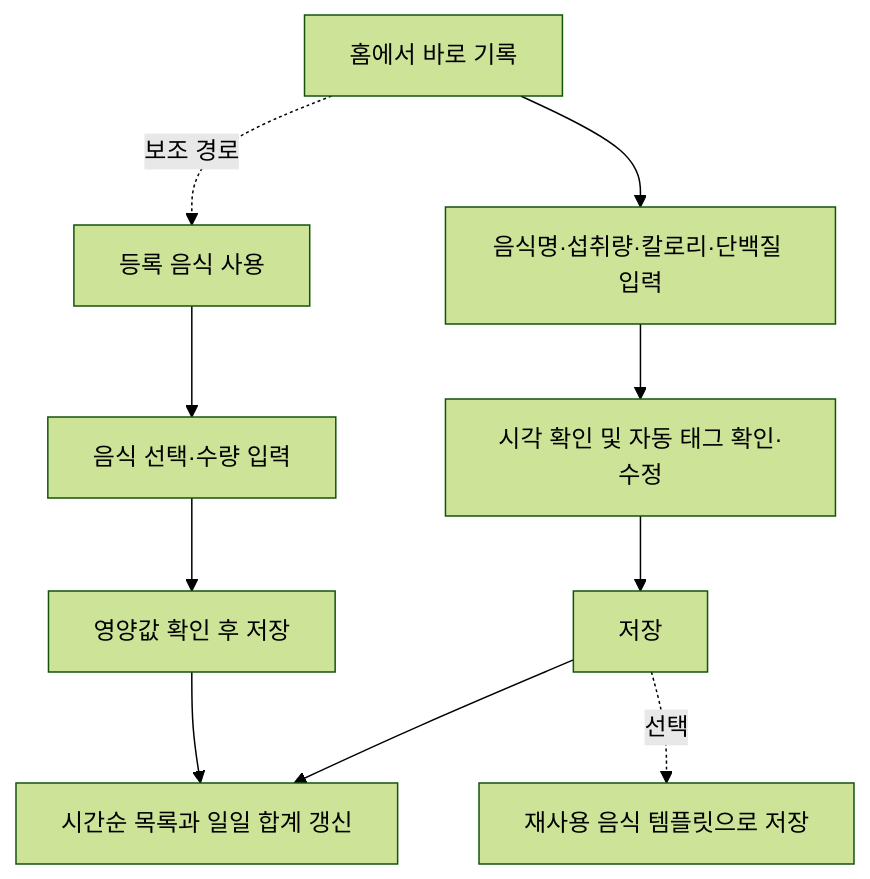
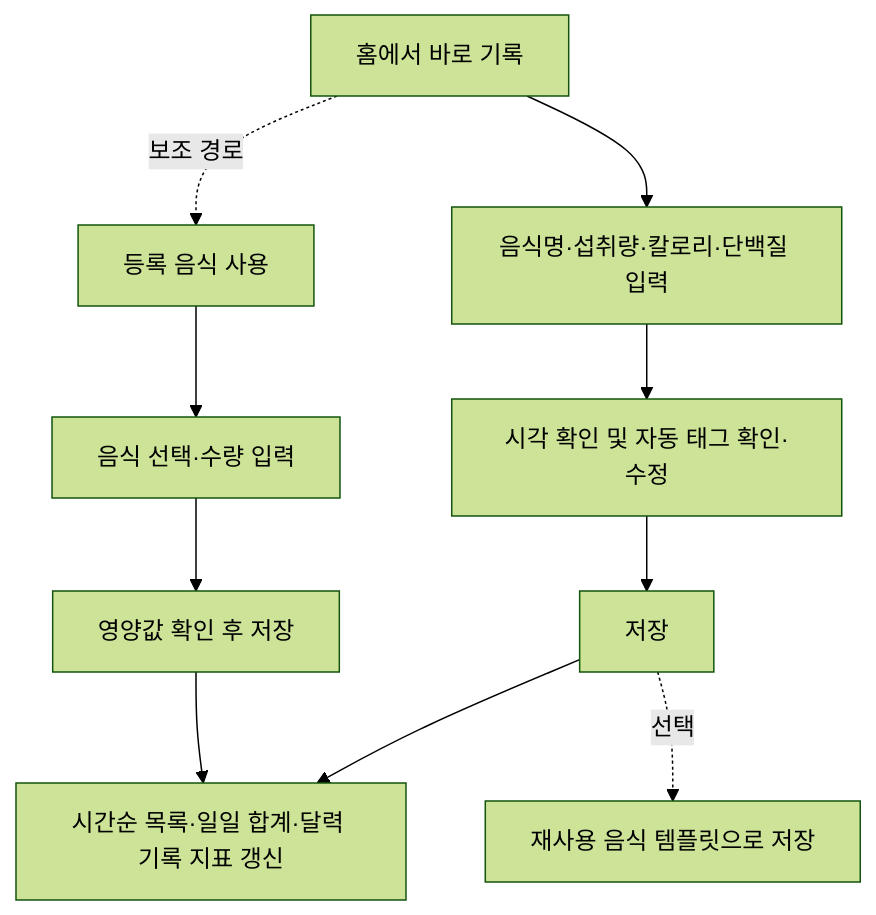
The diagram in doc/meal-tracker-PRD.md (haZuny/noshnote), drawn with Mermaid (forest theme) before and after one commit. The commit also changed other lines of this file and 1 other file, not shown here.

````diff
--- a/doc/meal-tracker-PRD.md
+++ b/doc/meal-tracker-PRD.md
@@ -243,12 +243,12 @@
 ```mermaid
 flowchart TD
   A[홈에서 바로 기록] --> B[음식명·섭취량·칼로리·단백질 입력]
   B --> C[시각 확인 및 자동 태그 확인·수정]
   C --> D[저장]
-  D --> E[시간순 목록과 일일 합계 갱신]
+  D --> E[시간순 목록·일일 합계·달력 기록 지표 갱신]
   D -. 선택 .-> F[재사용 음식 템플릿으로 저장]
   A -. 보조 경로 .-> G[등록 음식 사용]
   G --> H[음식 선택·수량 입력]
   H --> I[영양값 확인 후 저장]
   I --> E
 ```
````
